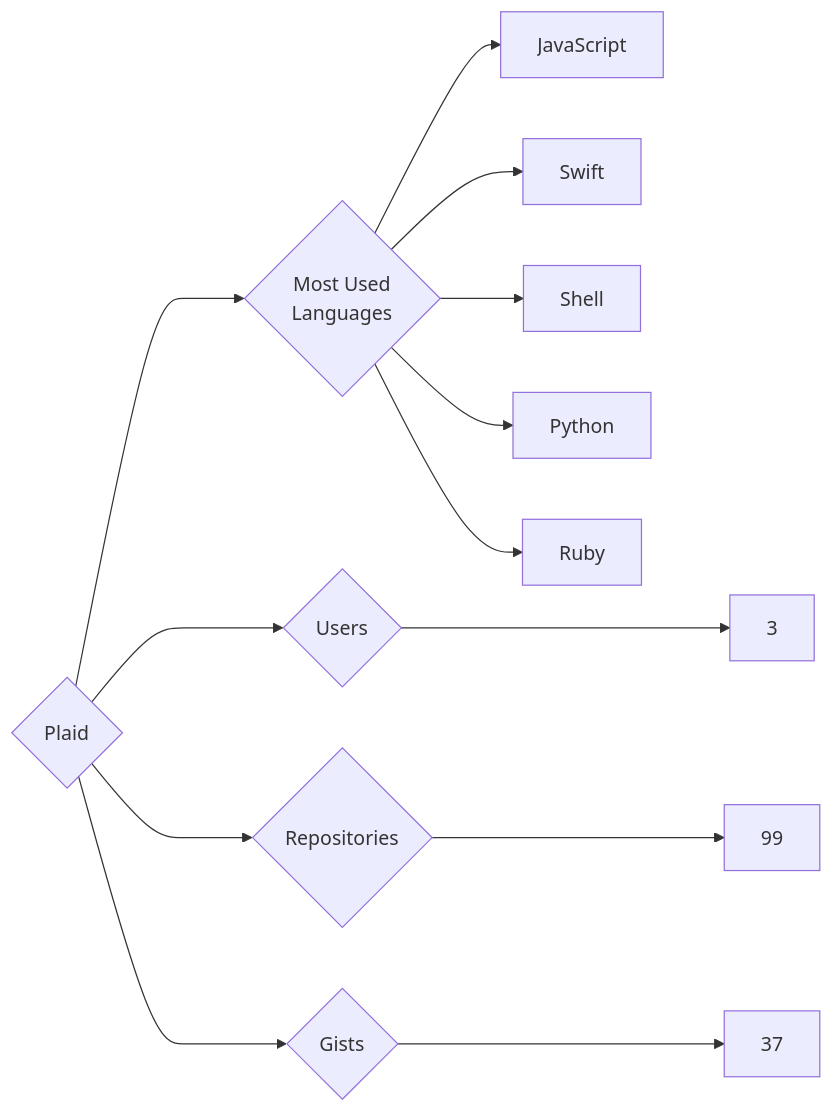
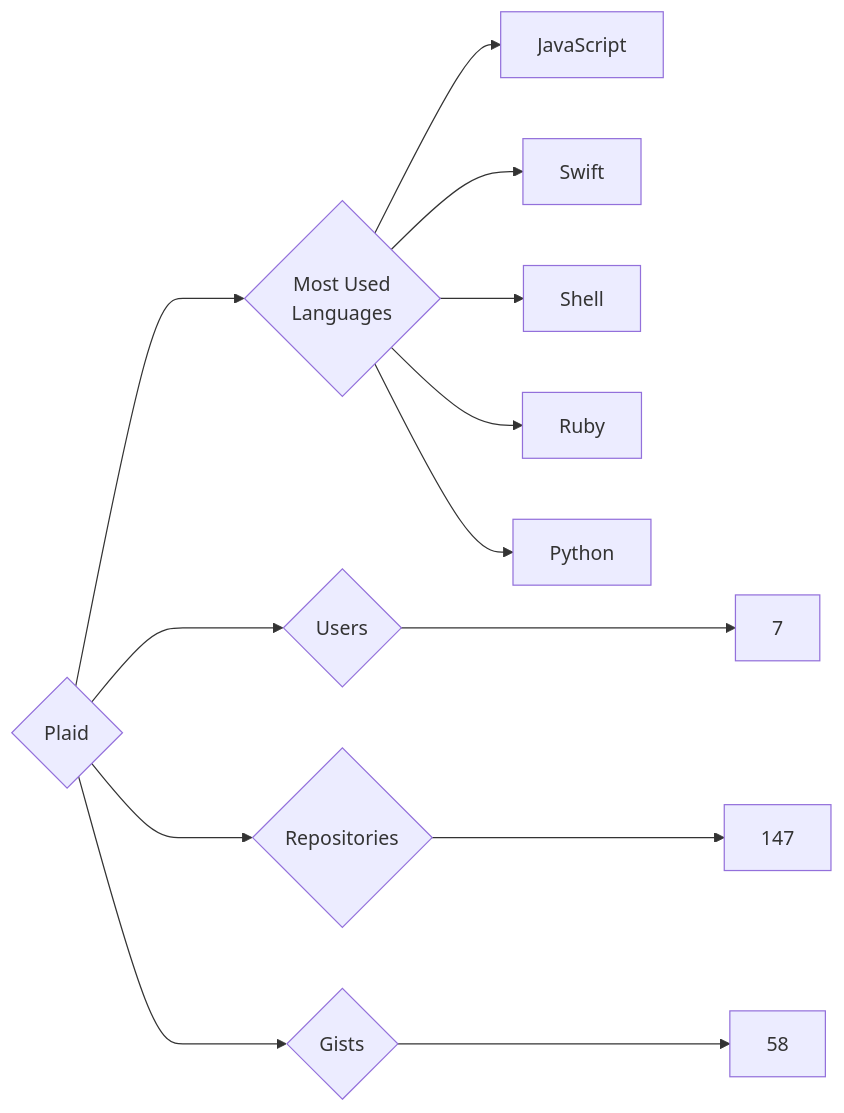
The diagram in targets/Plaid/README.md (trickest/insiders), drawn with Mermaid before and after one commit. The commit also changed 1696 other files, not shown here.

````diff
--- a/targets/Plaid/README.md
+++ b/targets/Plaid/README.md
@@ -3,13 +3,13 @@
 ```mermaid
 graph LR
 COMPANY_NAME{Plaid}
-COMPANY_NAME ---> U{Users} ---> UN[3]
-COMPANY_NAME ---> R{Repositories} ---> RN[99]
-COMPANY_NAME ---> G{Gists} ---> GN[37]
+COMPANY_NAME ---> U{Users} ---> UN[7]
+COMPANY_NAME ---> R{Repositories} ---> RN[147]
+COMPANY_NAME ---> G{Gists} ---> GN[58]
 COMPANY_NAME ---> ML{Most Used<br>Languages}
 ML --> JavaScript[JavaScript]
 ML --> Swift[Swift]
 ML --> Shell[Shell]
+ML --> Ruby[Ruby]
 ML --> Python[Python]
-ML --> Ruby[Ruby]
 ```
````
